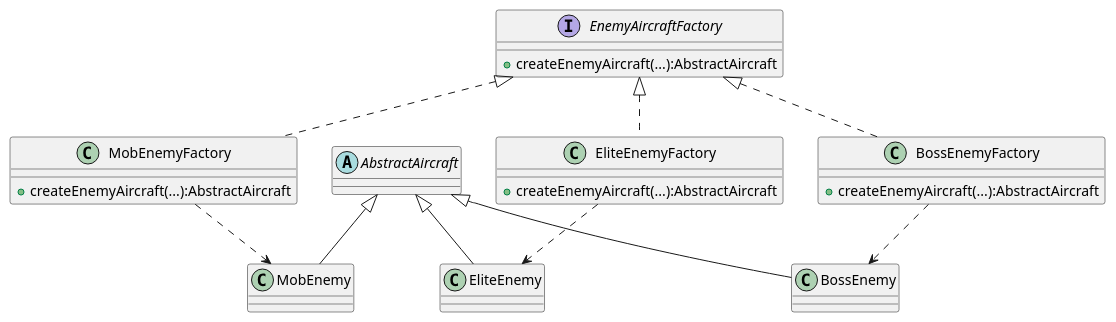
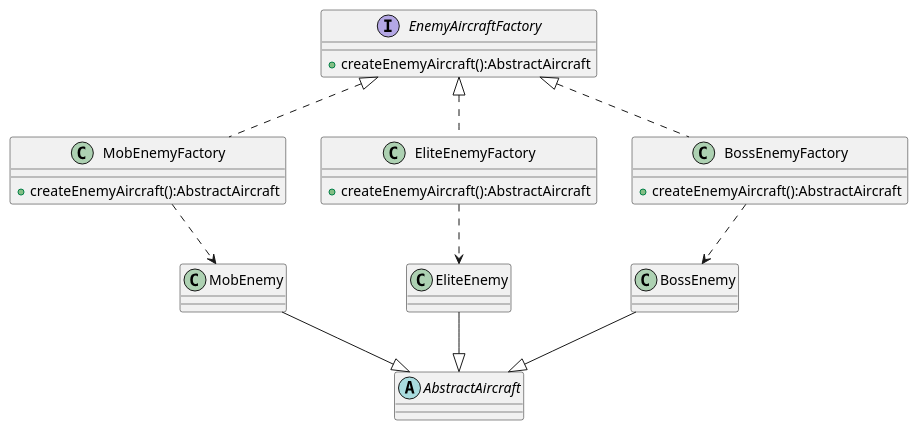
The diagram in uml/EnemyFactory.puml (Chanstars/java_experiment), drawn with PlantUML before and after one commit. The commit also changed 25 other files, not shown here.

```diff
--- a/uml/EnemyFactory.puml
+++ b/uml/EnemyFactory.puml
@@ -1,38 +1,38 @@
 @startuml
 'https://plantuml.com/class-diagram
 
 
 abstract class AbstractAircraft
 class MobEnemy
 class EliteEnemy
 class BossEnemy
 
 interface EnemyAircraftFactory
 {
-    + createEnemyAircraft(...):AbstractAircraft
+    + createEnemyAircraft():AbstractAircraft
 }
 
 class MobEnemyFactory{
-    + createEnemyAircraft(...):AbstractAircraft
+    + createEnemyAircraft():AbstractAircraft
 }
 
 class EliteEnemyFactory{
-    + createEnemyAircraft(...):AbstractAircraft
+    + createEnemyAircraft():AbstractAircraft
 }
 
 class BossEnemyFactory{
-    + createEnemyAircraft(...):AbstractAircraft
+    + createEnemyAircraft():AbstractAircraft
 }
 
-AbstractAircraft <|-down- MobEnemy
-AbstractAircraft <|-down- EliteEnemy
-AbstractAircraft <|-down- BossEnemy
+AbstractAircraft <|-up- MobEnemy
+AbstractAircraft <|-up- EliteEnemy
+AbstractAircraft <|-up- BossEnemy
 
 EnemyAircraftFactory <|.. MobEnemyFactory
 EnemyAircraftFactory <|.. EliteEnemyFactory
 EnemyAircraftFactory <|.. BossEnemyFactory
 
 MobEnemyFactory ..> MobEnemy
 EliteEnemyFactory ..> EliteEnemy
 BossEnemyFactory ..> BossEnemy
 @enduml
```
